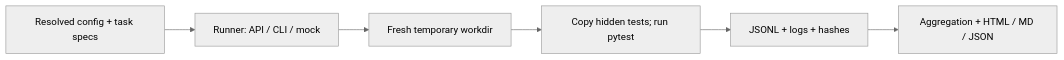
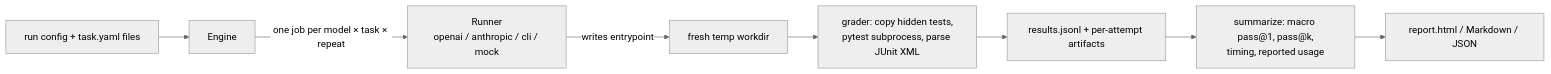
Before and after one commit to ai-dev-2024/agent-eval-harness: the diagram in README.md, drawn with Mermaid (neutral theme). The commit also changed other lines of this file and 5 other files, not shown here.

````diff
--- a/README.md
+++ b/README.md
@@ -26,8 +23,10 @@
 ```mermaid
 flowchart LR
-    Config[Resolved config + task specs] --> Runner[Runner: API / CLI / mock]
-    Runner --> Sandbox[Fresh temporary workdir]
-    Sandbox --> Grader[Copy hidden tests; run pytest]
-    Grader --> Results[JSONL + logs + hashes]
-    Results --> Report[Aggregation + HTML / MD / JSON]
+    Config[run config + task.yaml files] --> Engine
+    Engine -->|one job per model × task × repeat| Runner[Runner<br/>openai / anthropic / cli / mock]
+    Runner -->|writes entrypoint| Workdir[fresh temp workdir]
+    Workdir --> Grader[grader: copy hidden tests,<br/>pytest subprocess, parse JUnit XML]
+    Grader --> Artifacts[results.jsonl + per-attempt artifacts]
+    Artifacts --> Summary[summarize: macro pass@1, pass@k,<br/>timing, reported usage]
+    Summary --> Reports[report.html / Markdown / JSON]
 ```
````
